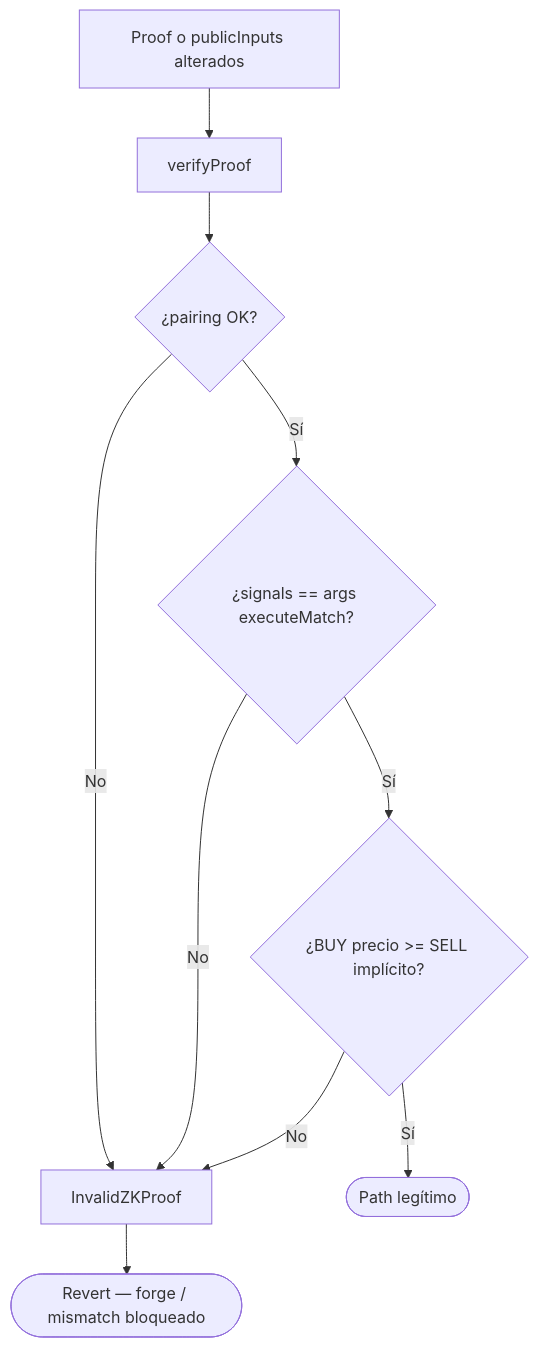
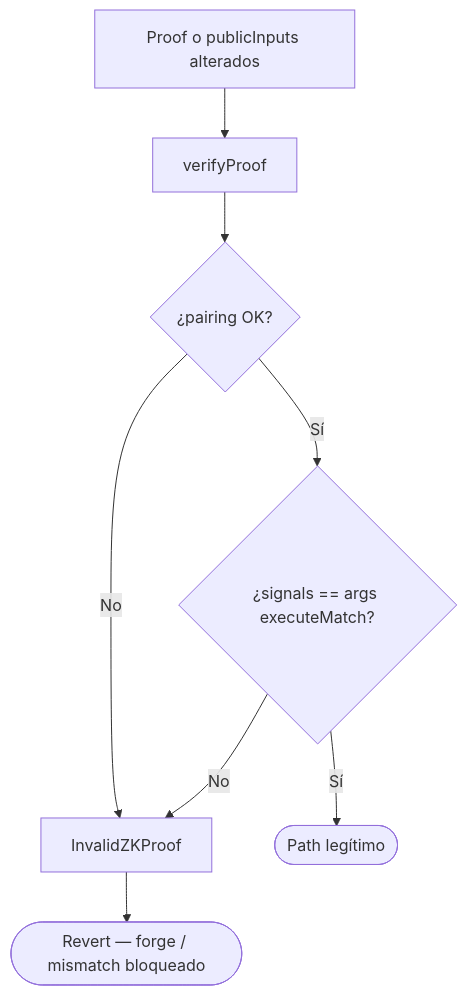
One commit to rastrahm/zk-dark-pool changed the sixth of 7 diagrams in doc/diagrama-de-flujo.md. Above: the diagram before and after it, drawn with Mermaid. The commit also changed other lines of this file and 13 other files, not shown here.

````diff
--- a/doc/diagrama-de-flujo.md
+++ b/doc/diagrama-de-flujo.md
@@ -105,12 +110,10 @@
 ```mermaid
 flowchart TD
     A[Proof o publicInputs alterados] --> B[verifyProof]
     B --> C{¿pairing OK?}
     C -->|No| D[InvalidZKProof]
     C -->|Sí| E{¿signals == args executeMatch?}
     E -->|No| D
-    E -->|Sí| F{¿BUY precio >= SELL implícito?}
-    F -->|No| D
-    F -->|Sí| Ok([Path legítimo])
+    E -->|Sí| Ok([Path legítimo])
     D --> Fail([Revert — forge / mismatch bloqueado])
 ```
````
